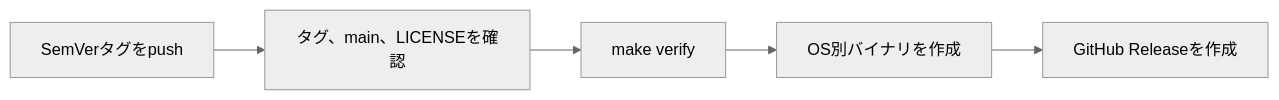
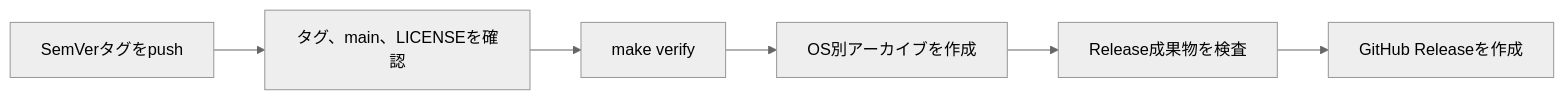
The first of 3 diagrams in docs/development/build-and-release.md (vnzzzz/batch-scope), drawn with Mermaid (neutral theme) before and after one commit. The commit also changed other lines of this file and 10 other files, not shown here.

````diff
--- a/docs/development/build-and-release.md
+++ b/docs/development/build-and-release.md
@@ -91,7 +107,8 @@
 ```mermaid
 flowchart LR
     Tag[SemVerタグをpush] --> Check[タグ、main、LICENSEを確認]
     Check --> Verify[make verify]
-    Verify --> Build[OS別バイナリを作成]
-    Build --> Release[GitHub Releaseを作成]
+    Verify --> Build[OS別アーカイブを作成]
+    Build --> ArtifactCheck[Release成果物を検査]
+    ArtifactCheck --> Release[GitHub Releaseを作成]
 ```
````
